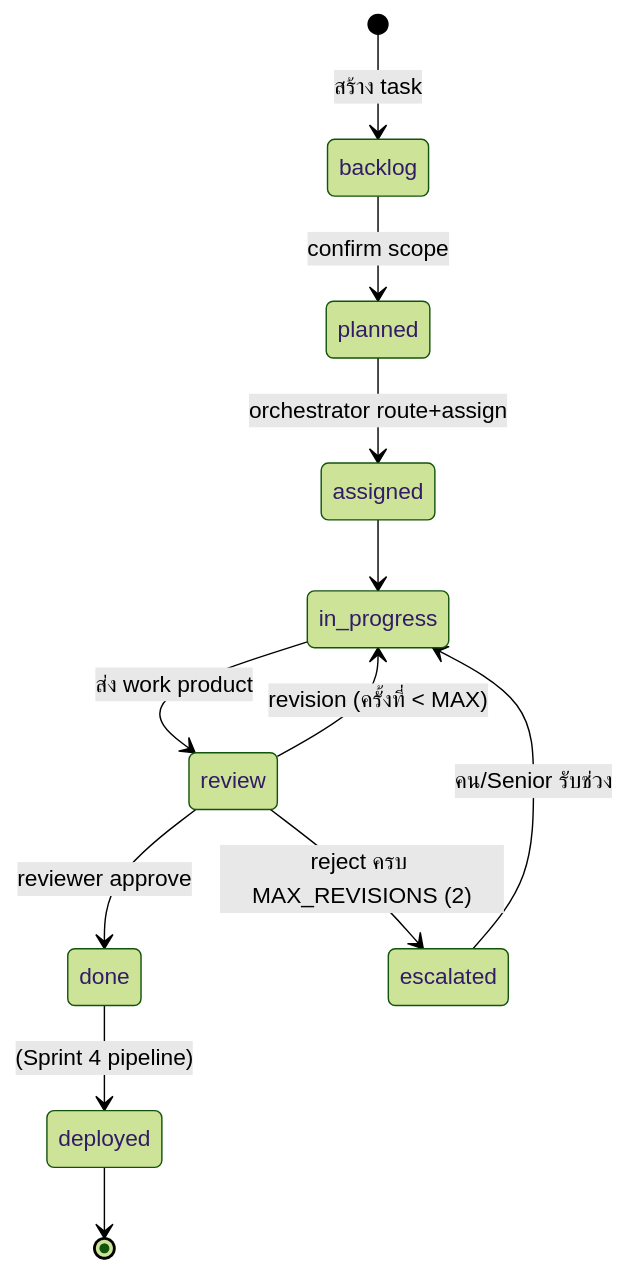
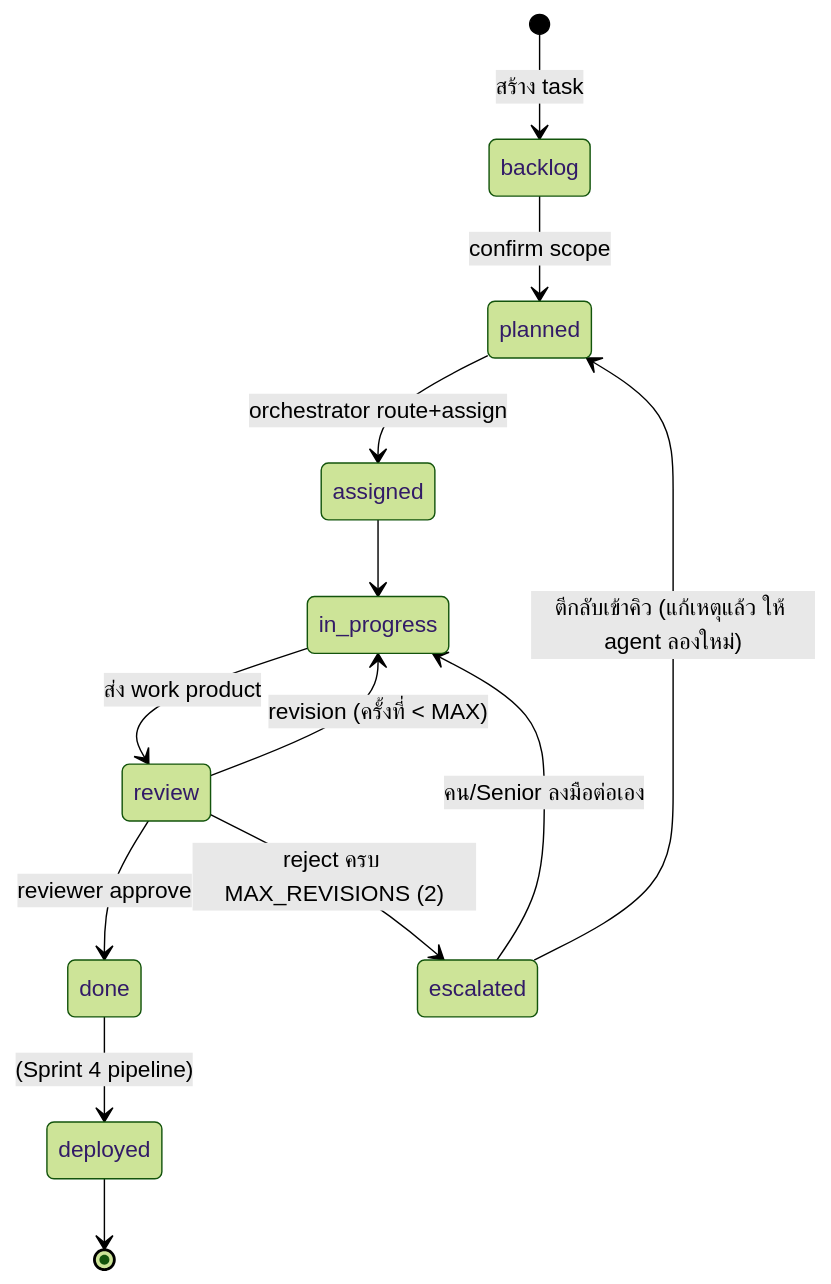
Before and after one commit to ohho2518/d_DEP-PM_Platform: the diagram in docs/SYSTEM_DOCUMENTATION.md, drawn with Mermaid (forest theme). The commit also changed other lines of this file and 12 other files, not shown here.

````diff
--- a/docs/SYSTEM_DOCUMENTATION.md
+++ b/docs/SYSTEM_DOCUMENTATION.md
@@ -186,14 +186,15 @@
 ```mermaid
 stateDiagram-v2
     [*] --> backlog: สร้าง task
     backlog --> planned: confirm scope
     planned --> assigned: orchestrator route+assign
     assigned --> in_progress
     in_progress --> review: ส่ง work product
     review --> done: reviewer approve
     review --> in_progress: revision (ครั้งที่ < MAX)
     review --> escalated: reject ครบ MAX_REVISIONS (2)
-    escalated --> in_progress: คน/Senior รับช่วง
+    escalated --> in_progress: คน/Senior ลงมือต่อเอง
+    escalated --> planned: ตีกลับเข้าคิว (แก้เหตุแล้ว ให้ agent ลองใหม่)
     done --> deployed: (Sprint 4 pipeline)
     deployed --> [*]
 ```
````
